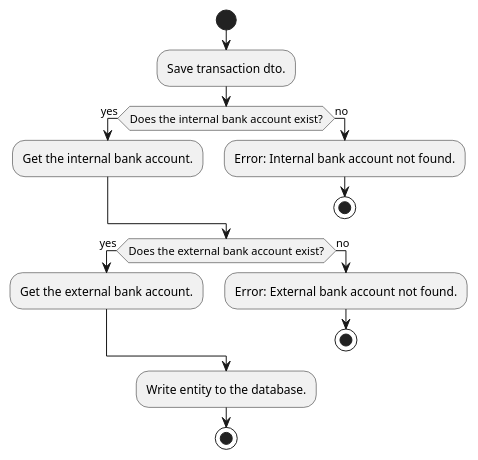
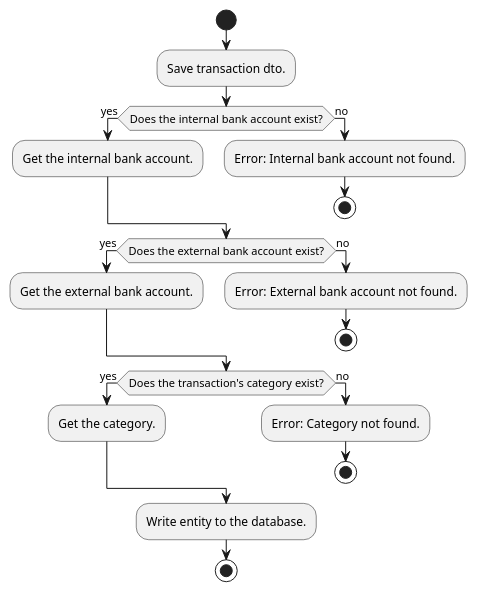
The diagram in docs/features/diagrams/src/transaction-save.puml (lfarci/personal-finance), drawn with PlantUML before and after one commit.

Commit message:
The transaction activity diagram has been updated.

```diff
--- a/docs/features/diagrams/src/transaction-save.puml
+++ b/docs/features/diagrams/src/transaction-save.puml
@@ -1,22 +1,29 @@
 @startuml
 
 start
 :Save transaction dto.;
 
 if (Does the internal bank account exist?) then (yes)
     :Get the internal bank account.;
 else (no)
     :Error: Internal bank account not found.;
     stop
 endif
 
 if (Does the external bank account exist?) then (yes)
     :Get the external bank account.;
 else (no)
     :Error: External bank account not found.;
     stop
 endif
 
+if (Does the transaction's category exist?) then (yes)
+    :Get the category.;
+else (no)
+    :Error: Category not found.;
+    stop
+endif
+
 :Write entity to the database.;
 stop
 @enduml
```
